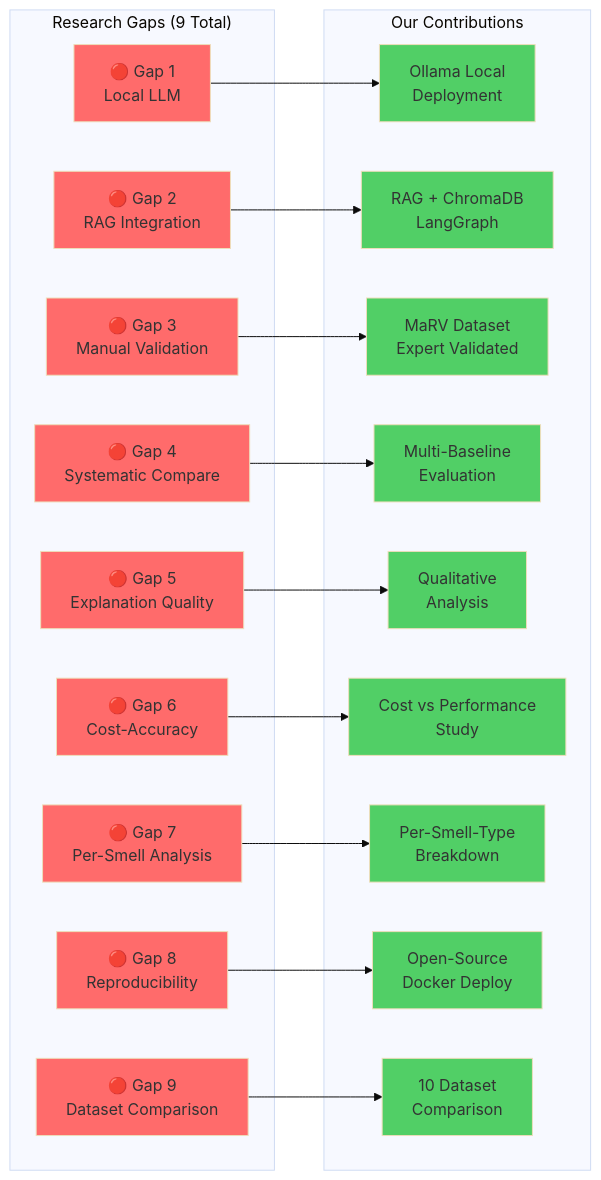
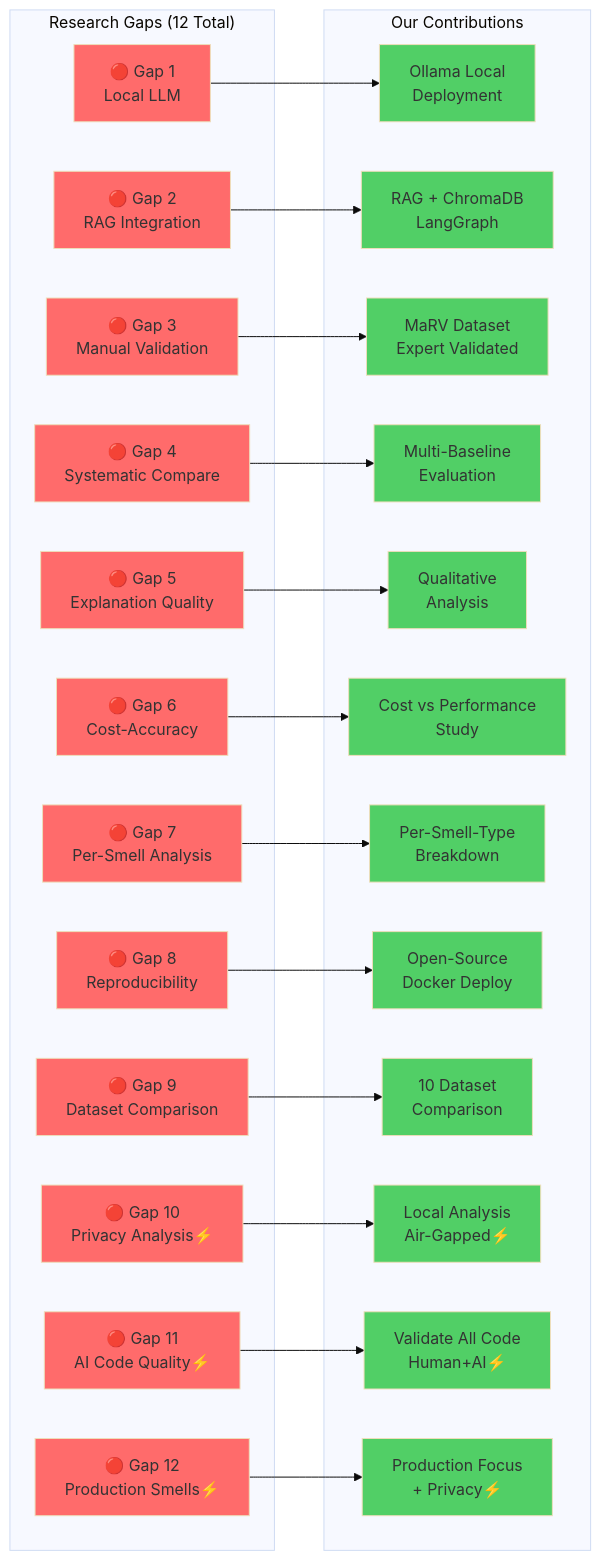
One commit to bibekgupta3333/code-smell changed the tenth of 16 diagrams in docs/research/SIMILAR_PAPERS_AND_GAPS.md. Above: the diagram before and after it, drawn with Mermaid (base theme). The commit also changed other lines of this file and 1 other file, not shown here.

Commit message:
updating architecture diagrams and gap analysis files

````diff
--- a/docs/research/SIMILAR_PAPERS_AND_GAPS.md
+++ b/docs/research/SIMILAR_PAPERS_AND_GAPS.md
@@ -819,56 +1189,71 @@
 ```mermaid
 flowchart LR
-    subgraph "Research Gaps (9 Total)"
+    subgraph "Research Gaps (12 Total)"
         G1[🔴 Gap 1<br/>Local LLM]
         G2[🔴 Gap 2<br/>RAG Integration]
         G3[🔴 Gap 3<br/>Manual Validation]
         G4[🔴 Gap 4<br/>Systematic Compare]
         G5[🔴 Gap 5<br/>Explanation Quality]
         G6[🔴 Gap 6<br/>Cost-Accuracy]
         G7[🔴 Gap 7<br/>Per-Smell Analysis]
         G8[🔴 Gap 8<br/>Reproducibility]
         G9[🔴 Gap 9<br/>Dataset Comparison]
+        G10[🔴 Gap 10<br/>Privacy Analysis⚡]
+        G11[🔴 Gap 11<br/>AI Code Quality⚡]
+        G12[🔴 Gap 12<br/>Production Smells⚡]
     end
     
     subgraph "Our Contributions"
         C1[Ollama Local<br/>Deployment]
         C2[RAG + ChromaDB<br/>LangGraph]
         C3[MaRV Dataset<br/>Expert Validated]
         C4[Multi-Baseline<br/>Evaluation]
         C5[Qualitative<br/>Analysis]
         C6[Cost vs Performance<br/>Study]
         C7[Per-Smell-Type<br/>Breakdown]
         C8[Open-Source<br/>Docker Deploy]
         C9[10 Dataset<br/>Comparison]
+        C10[Local Analysis<br/>Air-Gapped⚡]
+        C11[Validate All Code<br/>Human+AI⚡]
+        C12[Production Focus<br/>+ Privacy⚡]
     end
     
     G1 --> C1
     G2 --> C2
     G3 --> C3
     G4 --> C4
     G5 --> C5
     G6 --> C6
     G7 --> C7
     G8 --> C8
     G9 --> C9
+    G10 --> C10
+    G11 --> C11
+    G12 --> C12
     
     style G1 fill:#ff6b6b
     style G2 fill:#ff6b6b
     style G3 fill:#ff6b6b
     style G4 fill:#ff6b6b
     style G5 fill:#ff6b6b
     style G6 fill:#ff6b6b
     style G7 fill:#ff6b6b
     style G8 fill:#ff6b6b
     style G9 fill:#ff6b6b
+    style G10 fill:#ff6b6b
+    style G11 fill:#ff6b6b
+    style G12 fill:#ff6b6b
     
     style C1 fill:#51cf66
     style C2 fill:#51cf66
     style C3 fill:#51cf66
     style C4 fill:#51cf66
     style C5 fill:#51cf66
     style C6 fill:#51cf66
     style C7 fill:#51cf66
     style C8 fill:#51cf66
     style C9 fill:#51cf66
+    style C10 fill:#51cf66
+    style C11 fill:#51cf66
+    style C12 fill:#51cf66
 ```
````
